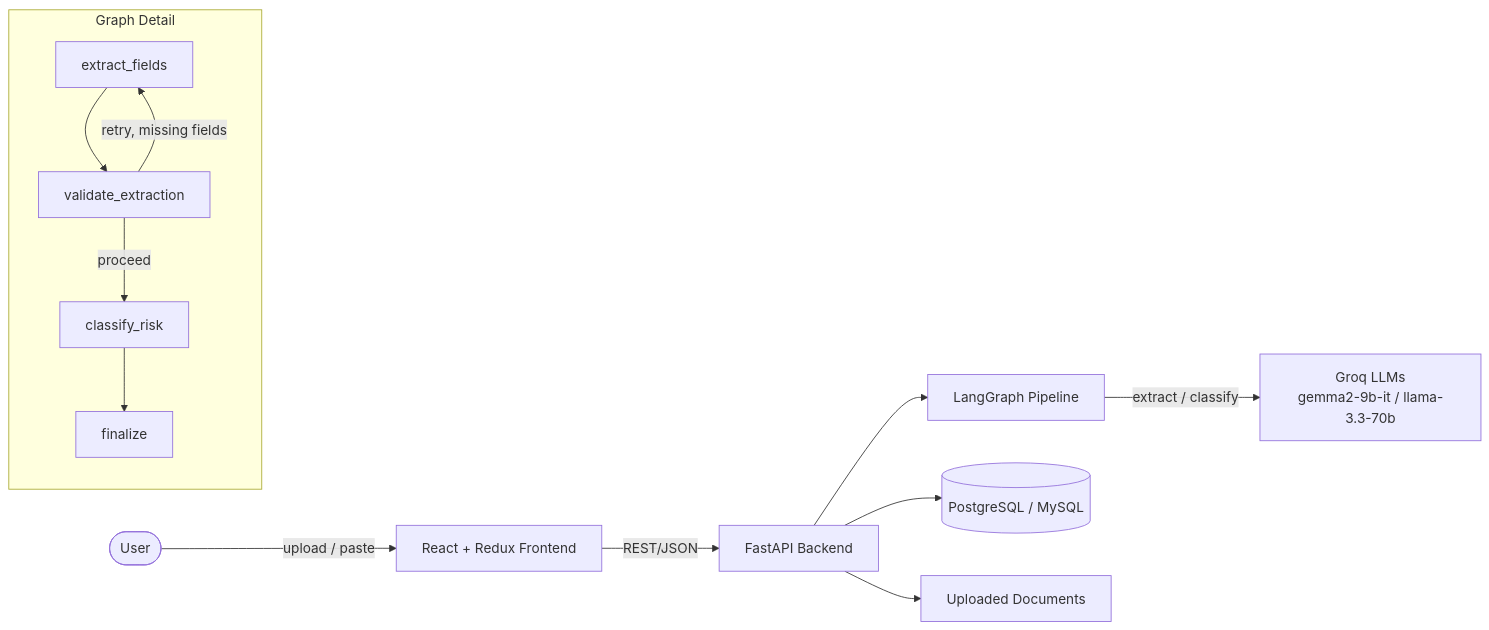
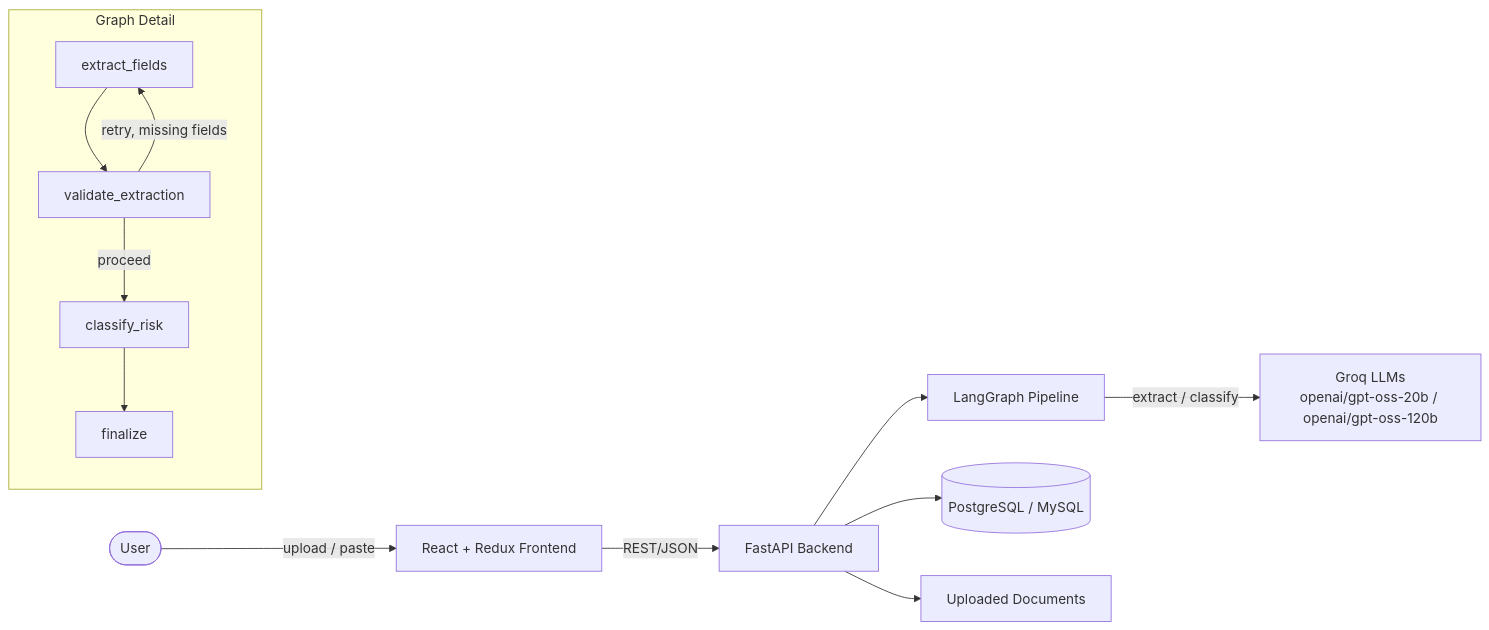
One commit to Sodhani0007/Complaint-Management-System changed the diagram in README.md. Above: the diagram before and after it, drawn with Mermaid. The commit also changed other lines of this file and 8 other files, not shown here.

````diff
--- a/README.md
+++ b/README.md
@@ -26,17 +26,17 @@
 ```mermaid
 flowchart LR
     User([User]) -->|upload / paste| FE[React + Redux Frontend]
     FE -->|REST/JSON| API[FastAPI Backend]
     API --> Graph[LangGraph Pipeline]
-    Graph -->|extract / classify| Groq[Groq LLMs<br/>gemma2-9b-it / llama-3.3-70b]
+    Graph -->|extract / classify| Groq[Groq LLMs<br/>openai/gpt-oss-20b / openai/gpt-oss-120b]
     API --> DB[(PostgreSQL / MySQL)]
     API --> Files[Uploaded Documents]
 
     subgraph Graph Detail
         direction TB
         Extract[extract_fields] --> Validate[validate_extraction]
         Validate -->|retry, missing fields| Extract
         Validate -->|proceed| Risk[classify_risk]
         Risk --> Final[finalize]
     end
 ```
````
